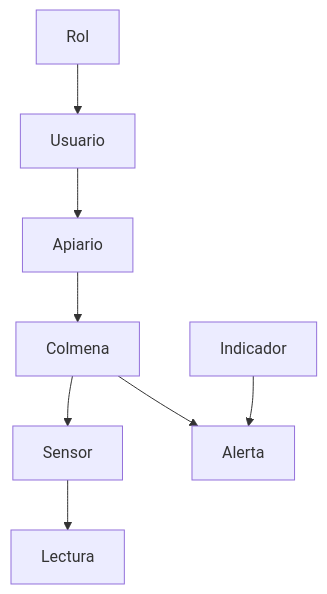
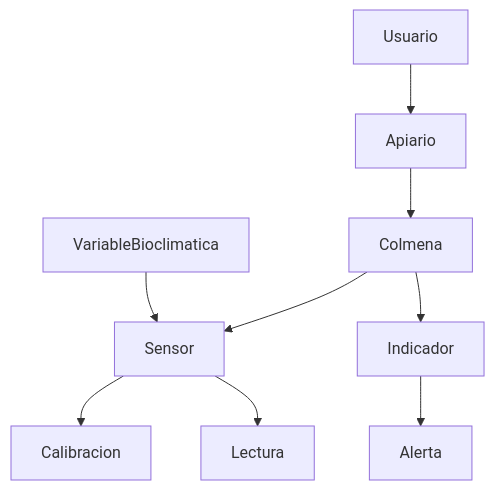
The second of 2 diagrams in README.md (jeronimoparra-ai/BeeStation_Sena), drawn with Mermaid before and after one commit. The commit also changed other lines of this file, not shown here.

First line of the commit message:
Revise README for updated data flow and features

````diff
--- a/README.md
+++ b/README.md
@@ -84,10 +110,11 @@
 ```mermaid
 flowchart TD
-    Rol --> Usuario
     Usuario --> Apiario
     Apiario --> Colmena
+    VariableBioclimatica --> Sensor
     Colmena --> Sensor
+    Sensor --> Calibracion
     Sensor --> Lectura
-    Colmena --> Alerta
+    Colmena --> Indicador
     Indicador --> Alerta
 ```
````
